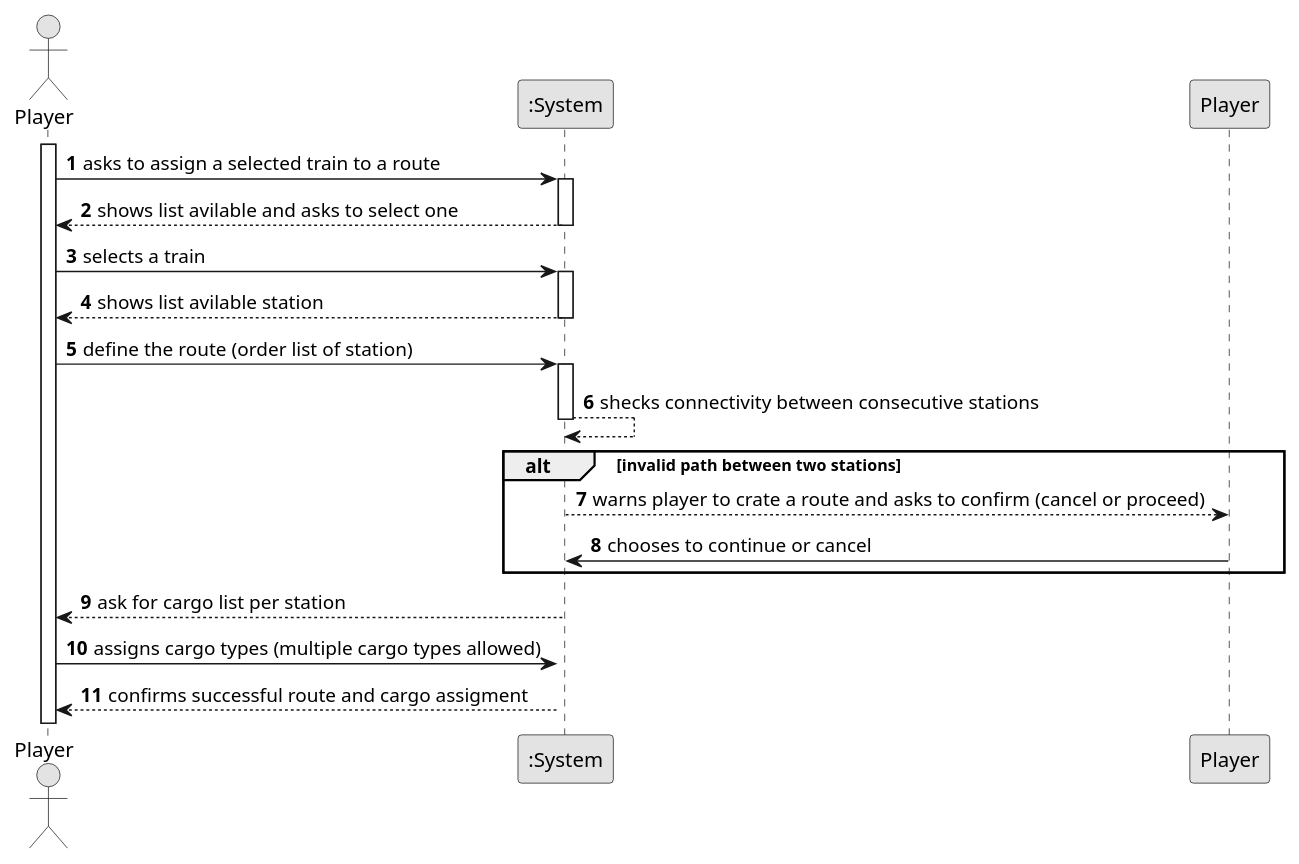
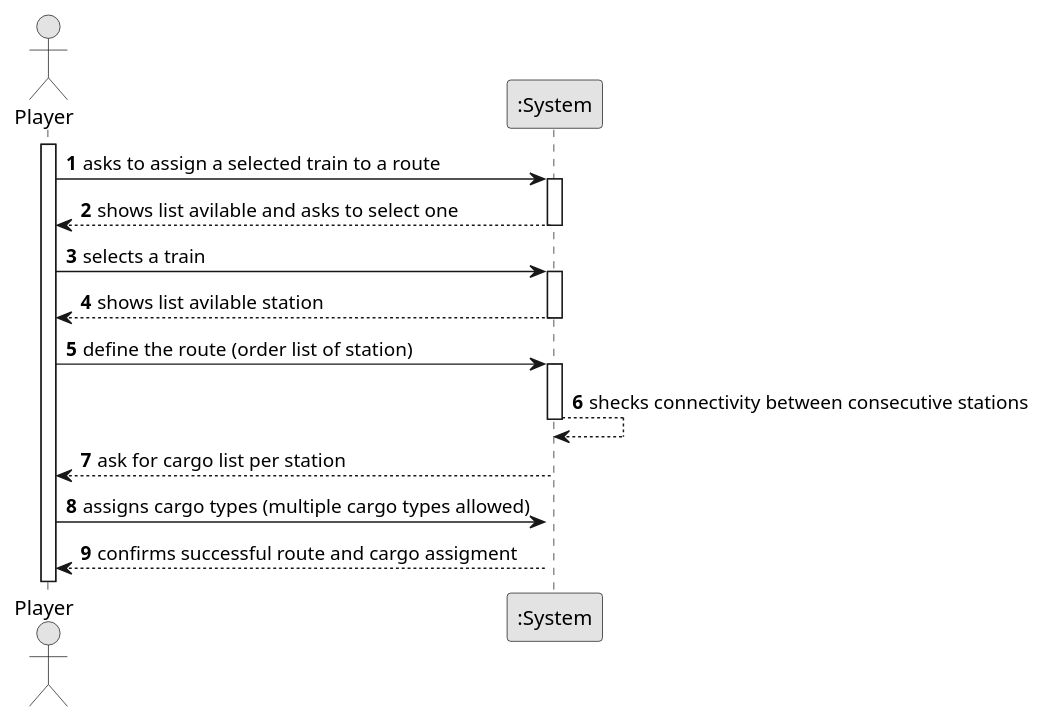
The diagram in Sprint2/US10/01.requirements-engineering.us10/puml/us10Diagram.puml (Andremonteiro1240850/railway_simulator), drawn with PlantUML before and after one commit. The commit also changed 10 other files, not shown here.

```diff
--- a/Sprint2/US10/01.requirements-engineering.us10/puml/us10Diagram.puml
+++ b/Sprint2/US10/01.requirements-engineering.us10/puml/us10Diagram.puml
@@ -1,44 +1,42 @@
 @startuml
 skinparam monochrome true
 skinparam packageStyle rectangle
 skinparam shadowing false
 
 autonumber
 
 actor "Player" as Employee
 participant ":System" as System
 
 activate Employee
 
     Employee -> System : asks to assign a selected train to a route
     activate System
 
         System --> Employee : shows list avilable and asks to select one
     deactivate System
 
     Employee -> System : selects a train
     activate System
 
         System --> Employee : shows list avilable station
     deactivate System
 
     Employee -> System : define the route (order list of station)
     activate System
 
         System --> System : shecks connectivity between consecutive stations
     deactivate System
 
-  alt invalid path between two stations
-        System --> Player :  warns player to crate a route and asks to confirm (cancel or proceed)
-        Player -> System :  chooses to continue or cancel
-    end
+
+
 
         System --> Employee : ask for cargo list per station
     deactivate System
 
     Employee -> System : assigns cargo types (multiple cargo types allowed)
     activate System
 
     System--> Employee :confirms successful route and cargo assigment
 
 @enduml
```
